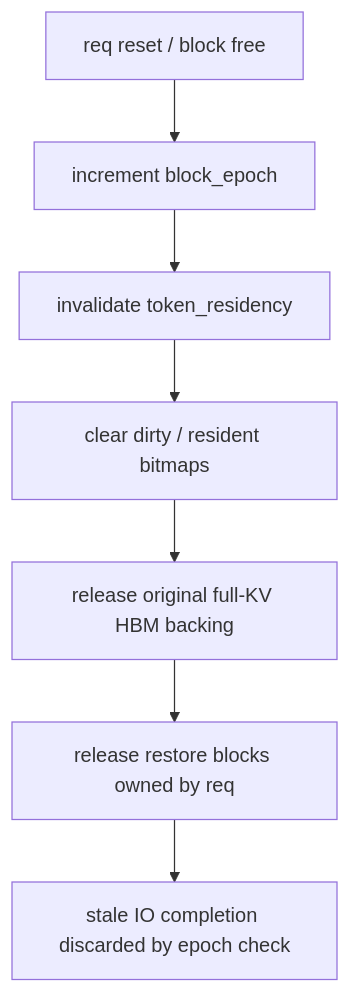
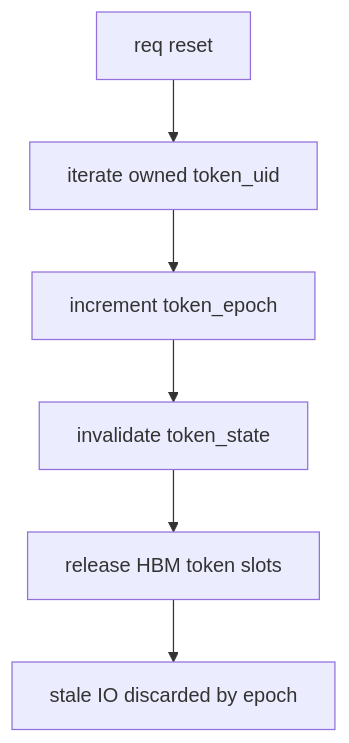
Before and after one commit to ykfnxx/ASU-Ascend: the sixth of 6 diagrams in docs/draft/2026-06-02-npu-hbm-kvcache-management-draft.md, drawn with Mermaid. The commit also changed other lines of this file, not shown here.

Commit message:
Refine KVCache token-state SFA remap design

````diff
--- a/docs/draft/2026-06-02-npu-hbm-kvcache-management-draft.md
+++ b/docs/draft/2026-06-02-npu-hbm-kvcache-management-draft.md
@@ -916,9 +911,8 @@
 ```mermaid
 flowchart TB
-    A["req reset / block free"] --> B["increment block_epoch"]
-    B --> C["invalidate token_residency"]
-    C --> D["clear dirty / resident bitmaps"]
-    D --> E["release original full-KV HBM backing"]
-    E --> F["release restore blocks owned by req"]
-    F --> G["stale IO completion discarded by epoch check"]
+    A["req reset"] --> B["iterate owned token_uid"]
+    B --> C["increment token_epoch"]
+    C --> D["invalidate token_state"]
+    D --> E["release HBM token slots"]
+    E --> F["stale IO discarded by epoch"]
 ```
````
